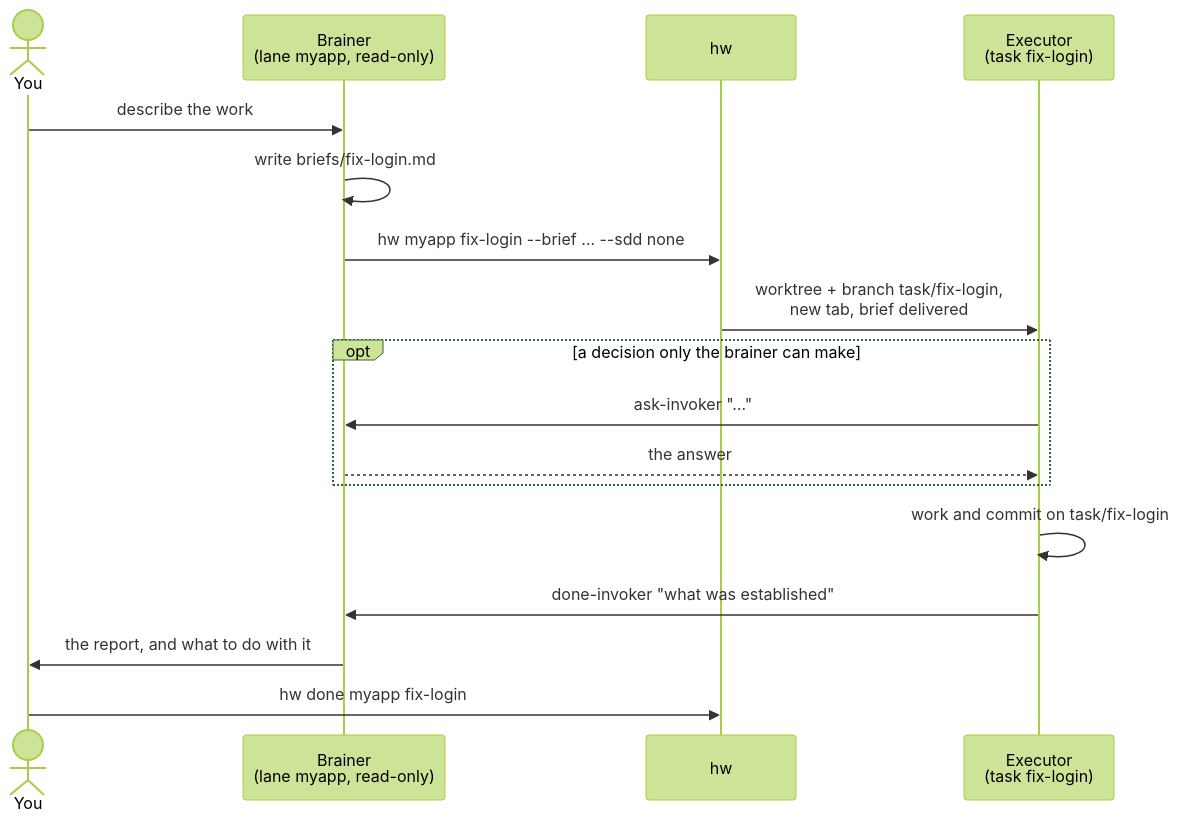
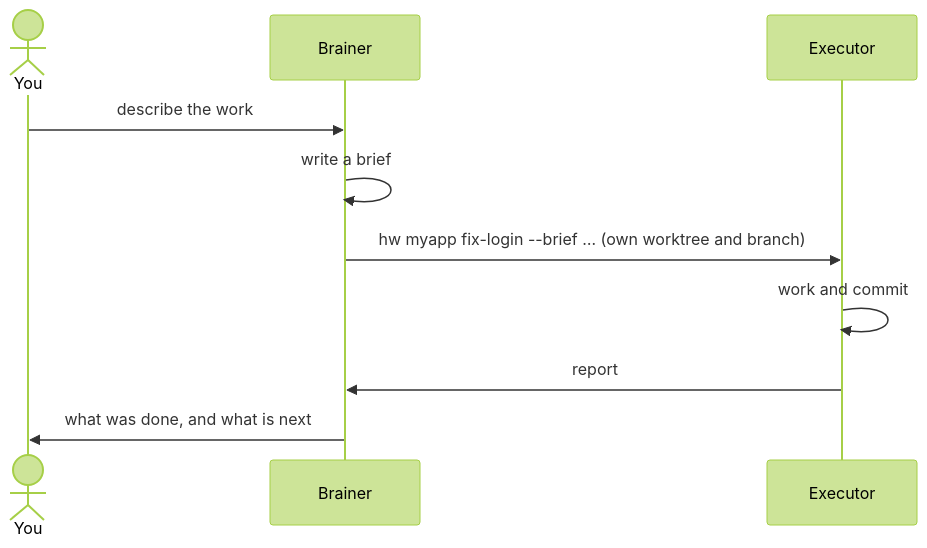
The diagram in README.md (GenaroSalomone/foreman-sh), drawn with Mermaid (forest theme) before and after one commit. The commit also changed other lines of this file and 37 other files, not shown here.

````diff
--- a/README.md
+++ b/README.md
@@ -92,19 +19,12 @@
 ```mermaid
 sequenceDiagram
     actor You
-    participant B as Brainer<br/>(lane myapp, read-only)
-    participant H as hw
-    participant E as Executor<br/>(task fix-login)
+    participant B as Brainer
+    participant E as Executor
     You->>B: describe the work
-    B->>B: write briefs/fix-login.md
-    B->>H: hw myapp fix-login --brief … --sdd none
-    H->>E: worktree + branch task/fix-login,<br/>new tab, brief delivered
-    opt a decision only the brainer can make
-        E->>B: ask-invoker "…"
-        B-->>E: the answer
-    end
-    E->>E: work and commit on task/fix-login
-    E->>B: done-invoker "what was established"
-    B->>You: the report, and what to do with it
-    You->>H: hw done myapp fix-login
+    B->>B: write a brief
+    B->>E: hw myapp fix-login --brief … (own worktree and branch)
+    E->>E: work and commit
+    E->>B: report
+    B->>You: what was done, and what is next
 ```
````
